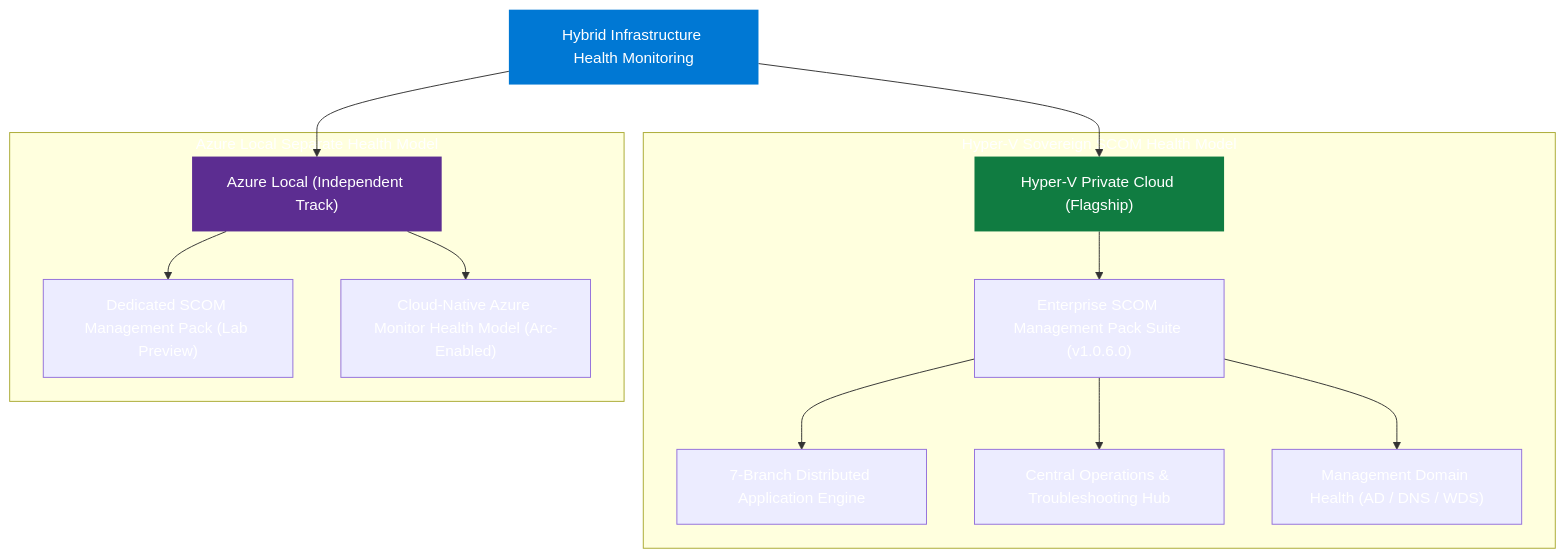
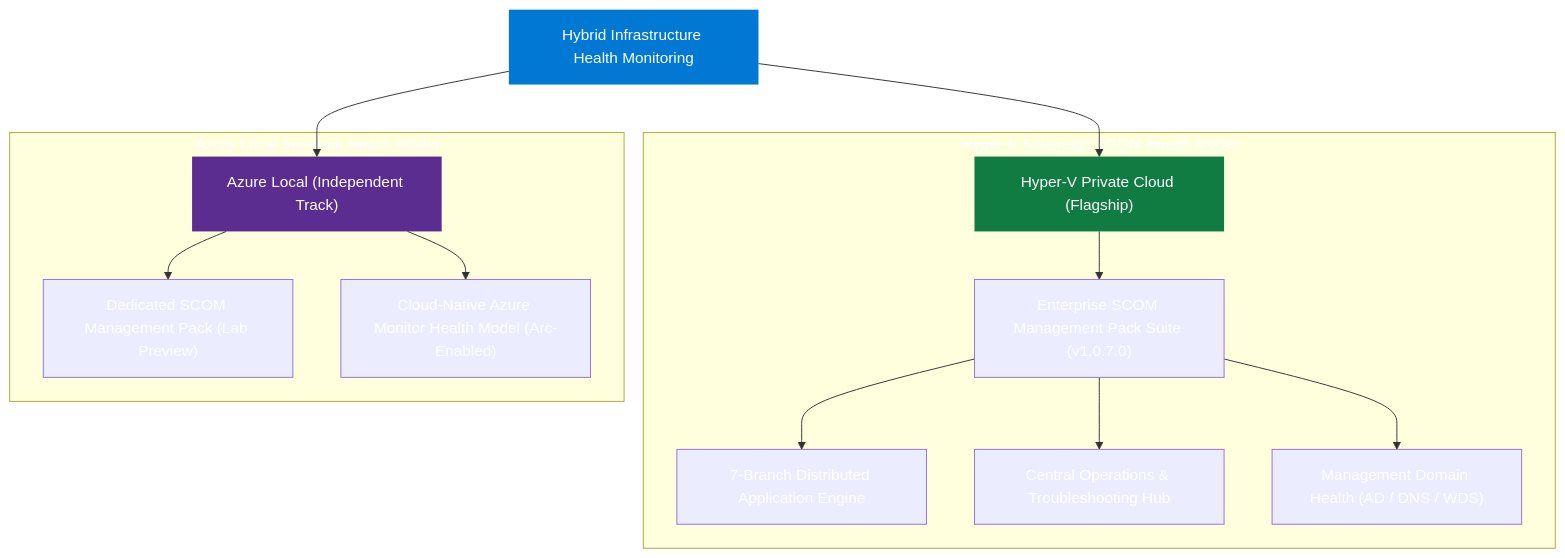
The diagram in docs/index.md (Hybrid-Solutions-Cloud/hybrid-health-monitoring), drawn with Mermaid before and after one commit. The commit also changed other lines of this file and 42 other files, not shown here.

````diff
--- a/docs/index.md
+++ b/docs/index.md
@@ -54,22 +54,22 @@
 ```mermaid
 graph TD
     Root["Hybrid Infrastructure Health Monitoring"]:::root
     Root --> HV["Hyper-V Private Cloud (Flagship)"]:::flagship
     Root --> AzL["Azure Local (Independent Track)"]:::independent
 
     subgraph HVTrack["Hyper-V Sovereign SCOM Health Model"]
-        HV --> HVS["Enterprise SCOM Management Pack Suite (v1.0.6.0)"]
+        HV --> HVS["Enterprise SCOM Management Pack Suite (v1.0.7.0)"]
         HVS --> HVDA["7-Branch Distributed Application Engine"]
         HVS --> HVOps["Central Operations & Troubleshooting Hub"]
         HVS --> HVMgmt["Management Domain Health (AD / DNS / WDS)"]
     end
 
     subgraph AzLTrack["Azure Local Separate Health Model"]
         AzL --> AzLS["Dedicated SCOM Management Pack (Lab Preview)"]
         AzL --> AzLA["Cloud-Native Azure Monitor Health Model (Arc-Enabled)"]
     end
 
     classDef root fill:#0078D4,color:#fff,stroke:none
     classDef flagship fill:#107c41,color:#fff,stroke:none
     classDef independent fill:#5c2d91,color:#fff,stroke:none
 ```
````
